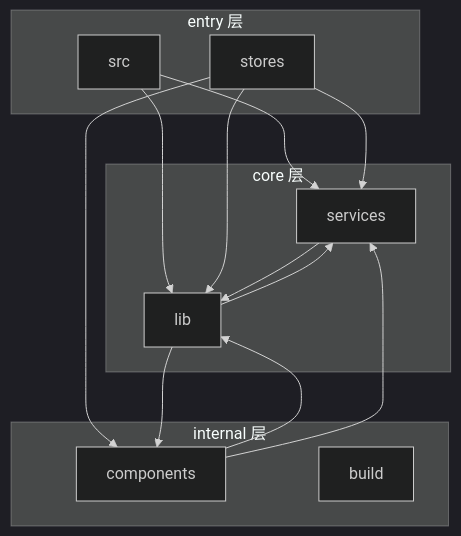
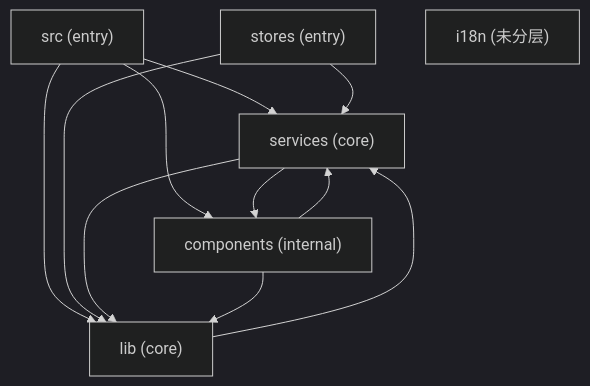
The first of 2 diagrams in .wiki/02-architecture/architecture.md (shawicx/scx-terminal), drawn with Mermaid (dark theme) before and after one commit. The commit also changed other lines of this file and 36 other files, not shown here.

````diff
--- a/.wiki/02-architecture/architecture.md
+++ b/.wiki/02-architecture/architecture.md
@@ -40,25 +61,20 @@
 ```mermaid
 graph TD
-  subgraph entry[entry 层]
-    src
-    stores
-  end
-  subgraph core[core 层]
-    lib
-    services
-  end
-  subgraph internal[internal 层]
-    components
-    build
-  end
-  src --> services
-  src --> lib
-  stores --> lib
-  stores --> services
-  stores --> components
-  services --> lib
-  lib --> services
-  components --> lib
-  components --> services
-  lib --> components
+    src["src (entry)"]
+    stores["stores (entry)"]
+    lib["lib (core)"]
+    services["services (core)"]
+    components["components (internal)"]
+    i18n["i18n (未分层)"]
+
+    src --> services
+    src --> lib
+    src --> components
+    stores --> services
+    stores --> lib
+    services --> lib
+    services --> components
+    components --> lib
+    components --> services
+    lib --> services
 ```
````
